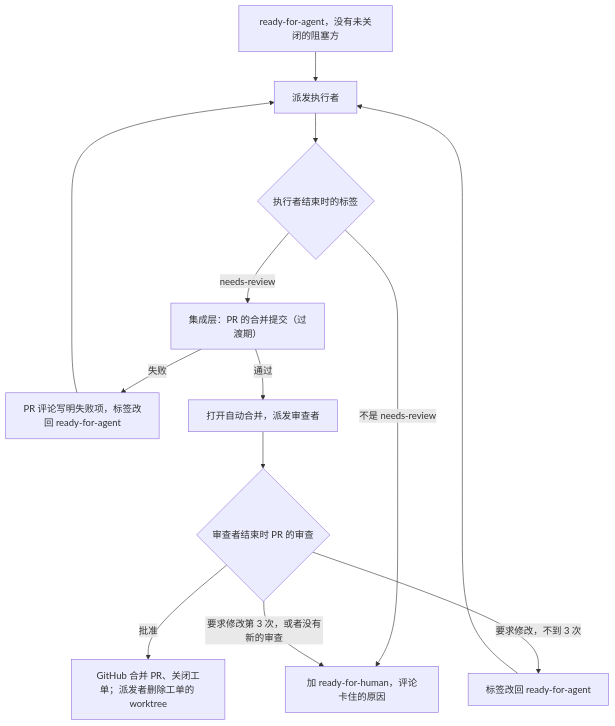
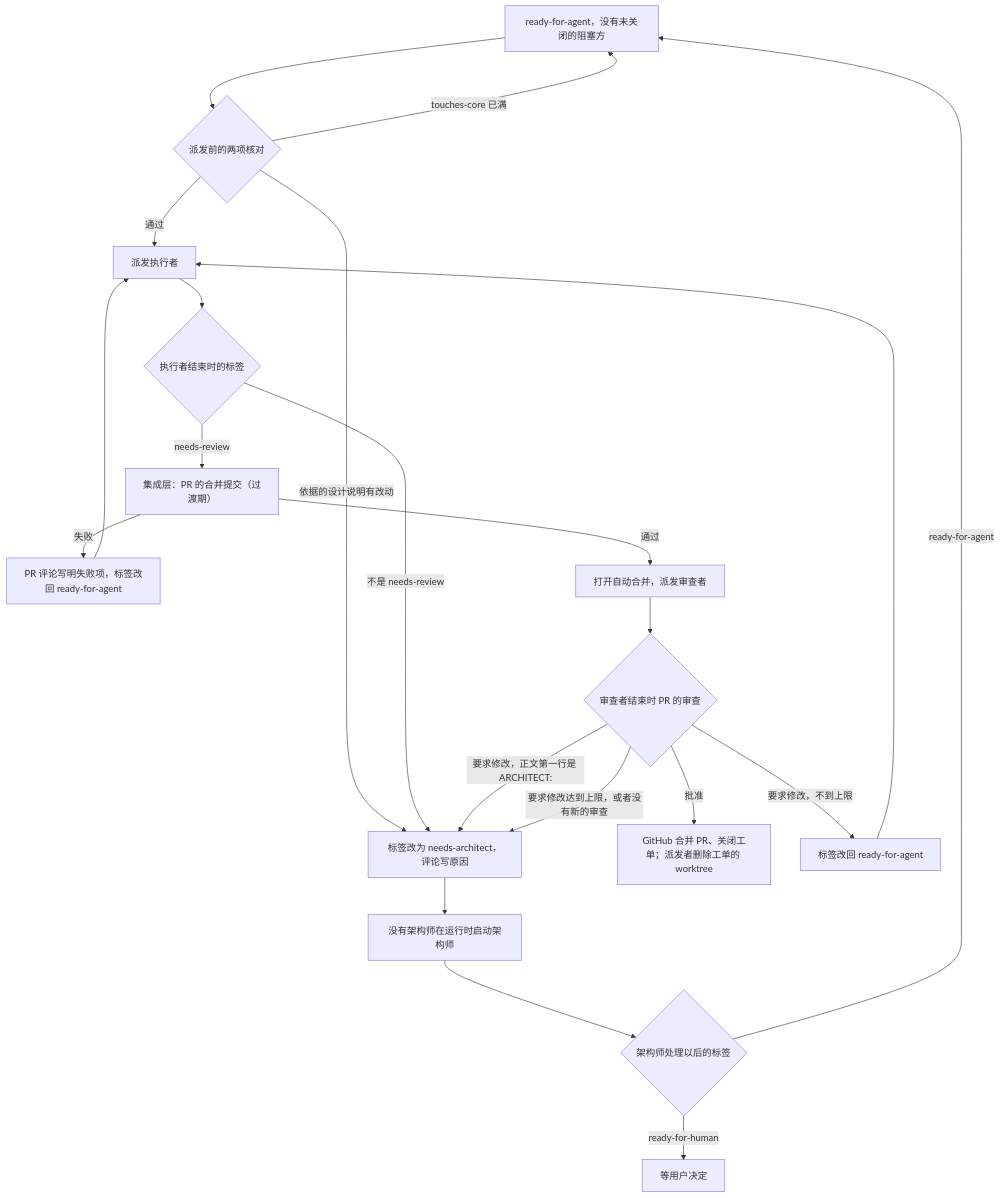
The diagram in docs/agents/dispatcher.md (bender2333/yudao), drawn with Mermaid before and after one commit. The commit also changed other lines of this file and 9 other files, not shown here.

````diff
--- a/docs/agents/dispatcher.md
+++ b/docs/agents/dispatcher.md
@@ -22,15 +22,23 @@
 ```mermaid
 flowchart TD
-    R[ready-for-agent，没有未关闭的阻塞方] --> E[派发执行者]
+    R[ready-for-agent，没有未关闭的阻塞方] --> C{派发前的两项核对}
+    C -- 依据的设计说明有改动 --> N[标签改为 needs-architect，评论写原因]
+    C -- touches-core 已满 --> R
+    C -- 通过 --> E[派发执行者]
     E --> X{执行者结束时的标签}
     X -- needs-review --> I[集成层：PR 的合并提交（过渡期）]
-    X -- 不是 needs-review --> H[加 ready-for-human，评论卡住的原因]
+    X -- 不是 needs-review --> N
     I -- 失败 --> F[PR 评论写明失败项，标签改回 ready-for-agent]
     F --> E
     I -- 通过 --> A[打开自动合并，派发审查者]
     A --> V{审查者结束时 PR 的审查}
     V -- 批准 --> M[GitHub 合并 PR、关闭工单；派发者删除工单的 worktree]
-    V -- 要求修改，不到 3 次 --> B[标签改回 ready-for-agent]
+    V -- 要求修改，不到上限 --> B[标签改回 ready-for-agent]
     B --> E
-    V -- 要求修改第 3 次，或者没有新的审查 --> H
+    V -- 要求修改，正文第一行是 ARCHITECT: --> N
+    V -- 要求修改达到上限，或者没有新的审查 --> N
+    N --> W[没有架构师在运行时启动架构师]
+    W --> Q{架构师处理以后的标签}
+    Q -- ready-for-agent --> R
+    Q -- ready-for-human --> H[等用户决定]
 ```
````
